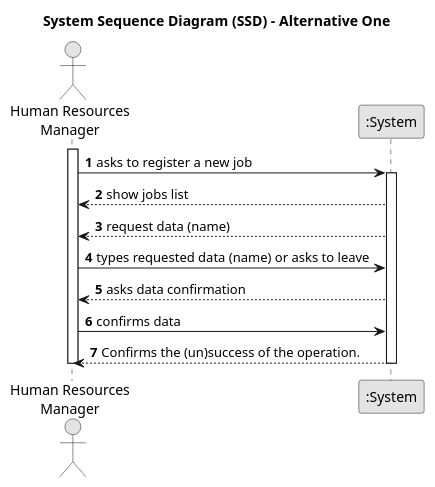
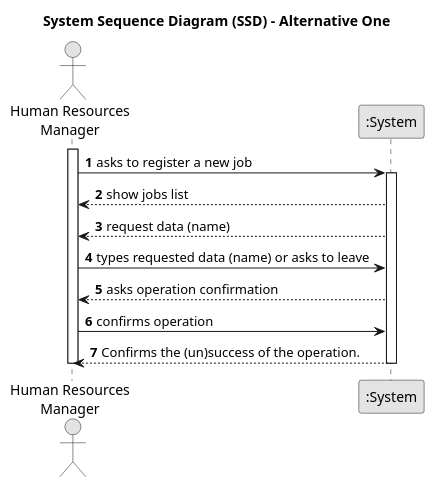
One commit to SAEmanuel/Green_Spaces_Management_ISEP changed the diagram in docs/sprintB/us002/01.requirements-engineering/puml/us002-system-sequence-diagram-alternative-one.puml. Above: the diagram before and after it, drawn with PlantUML. The commit also changed 2 other files, not shown here.

Commit message:
US2 - sequence diagram-full (v1 and v2); SSD update

```diff
--- a/docs/sprintB/us002/01.requirements-engineering/puml/us002-system-sequence-diagram-alternative-one.puml
+++ b/docs/sprintB/us002/01.requirements-engineering/puml/us002-system-sequence-diagram-alternative-one.puml
@@ -1,31 +1,31 @@
 @startuml
 skinparam monochrome true
 skinparam packageStyle rectangle
 skinparam shadowing false
 
 title System Sequence Diagram (SSD) - Alternative One
 
 autonumber
 
 actor "Human Resources\nManager" as HRM
 participant ":System" as System
 
 activate HRM
 
 
      HRM -> System : asks to register a new job
     activate System
 
     System --> HRM :  show jobs list
     System --> HRM :  request data (name)
     HRM -> System : types requested data (name) or asks to leave
-    System --> HRM : asks data confirmation
-    HRM -> System : confirms data
+    System --> HRM : asks operation confirmation
+    HRM -> System : confirms operation
     System --> HRM : Confirms the (un)success of the operation.
 
 
     deactivate System
     deactivate HRM
 
 
 @enduml
```
